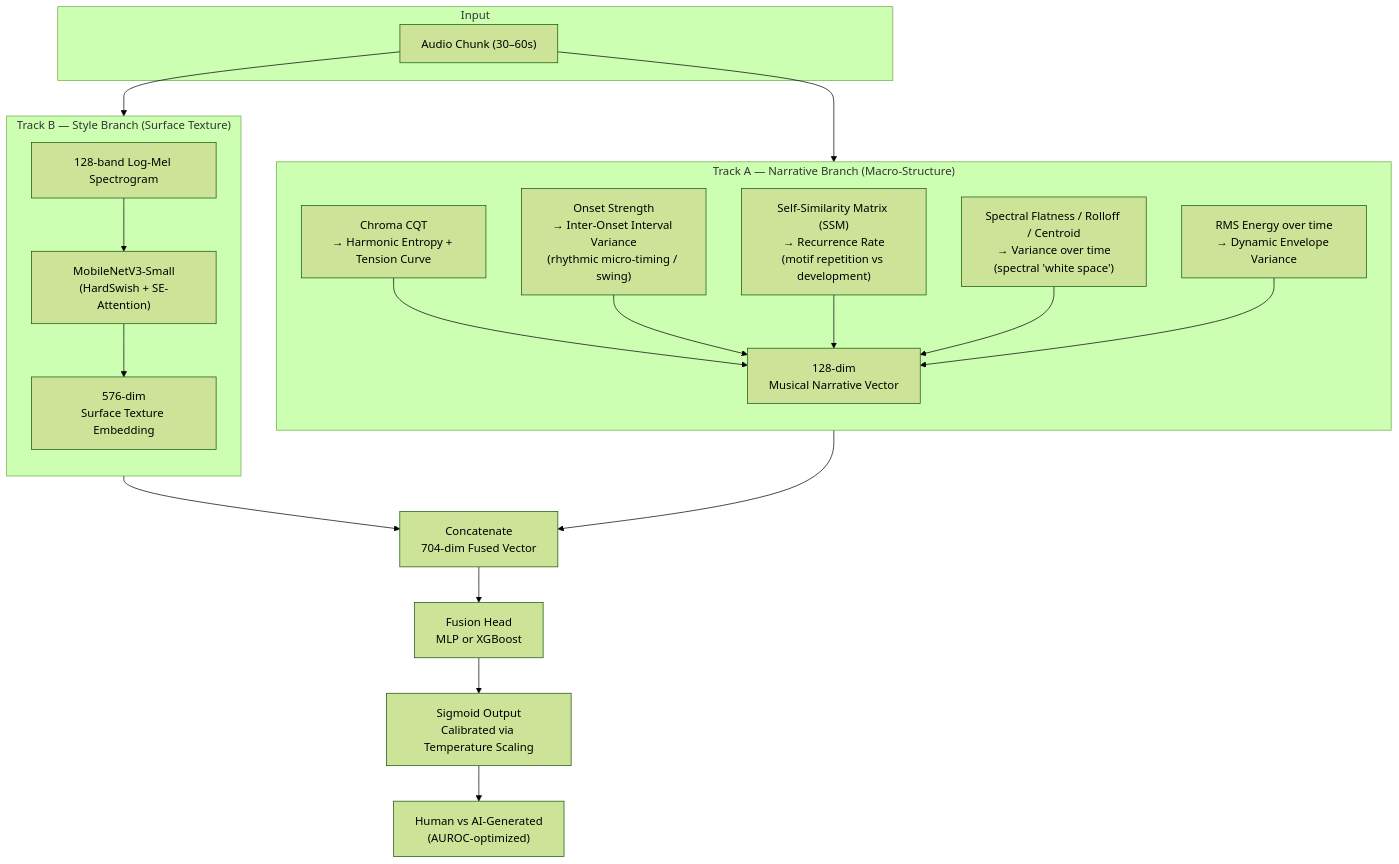
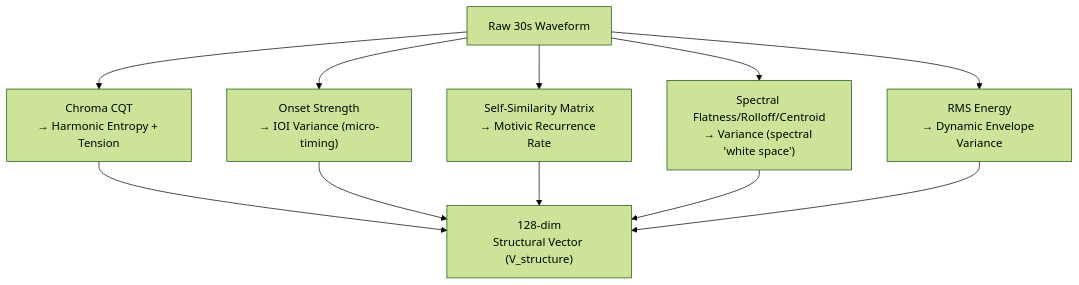
One commit to IshanPandey32/mirex changed the third of 5 diagrams in README.md. Above: the diagram before and after it, drawn with Mermaid (forest theme). The commit also changed other lines of this file, not shown here.

````diff
--- a/README.md
+++ b/README.md
@@ -67,48 +92,15 @@
 ```mermaid
 flowchart TB
-    subgraph Input
-        AUD["Audio Chunk (30–60s)"]
-    end
-
-    subgraph TrackA["Track A — Narrative Branch (Macro-Structure)"]
-        direction TB
-        A1["Chroma CQT
-→ Harmonic Entropy + Tension Curve"]
-        A2["Onset Strength
-→ Inter-Onset Interval Variance
-(rhythmic micro-timing / swing)"]
-        A3["Self-Similarity Matrix (SSM)
-→ Recurrence Rate
-(motif repetition vs development)"]
-        A4["Spectral Flatness / Rolloff / Centroid
-→ Variance over time
-(spectral 'white space')"]
-        A5["RMS Energy over time
+    S2_IN["Raw 30s Waveform"] --> A1["Chroma CQT
+→ Harmonic Entropy + Tension"]
+    S2_IN --> A2["Onset Strength
+→ IOI Variance (micro-timing)"]
+    S2_IN --> A3["Self-Similarity Matrix
+→ Motivic Recurrence Rate"]
+    S2_IN --> A4["Spectral Flatness/Rolloff/Centroid
+→ Variance (spectral 'white space')"]
+    S2_IN --> A5["RMS Energy
 → Dynamic Envelope Variance"]
-        A1 & A2 & A3 & A4 & A5 --> AVEC["128-dim
-Musical Narrative Vector"]
-    end
-
-    subgraph TrackB["Track B — Style Branch (Surface Texture)"]
-        direction TB
-        B1["128-band Log-Mel Spectrogram"]
-        B2["MobileNetV3-Small
-(HardSwish + SE-Attention)"]
-        B1 --> B2 --> BVEC["576-dim
-Surface Texture Embedding"]
-    end
-
-    AUD --> TrackA
-    AUD --> TrackB
-
-    AVEC --> FUSE["Concatenate
-704-dim Fused Vector"]
-    BVEC --> FUSE
-
-    FUSE --> HEAD["Fusion Head
-MLP or XGBoost"]
-    HEAD --> OUT["Sigmoid Output
-Calibrated via Temperature Scaling"]
-    OUT --> LABEL["Human vs AI-Generated
-(AUROC-optimized)"]
+    A1 & A2 & A3 & A4 & A5 --> VSTRUCT["128-dim
+Structural Vector (V_structure)"]
 ```
````
